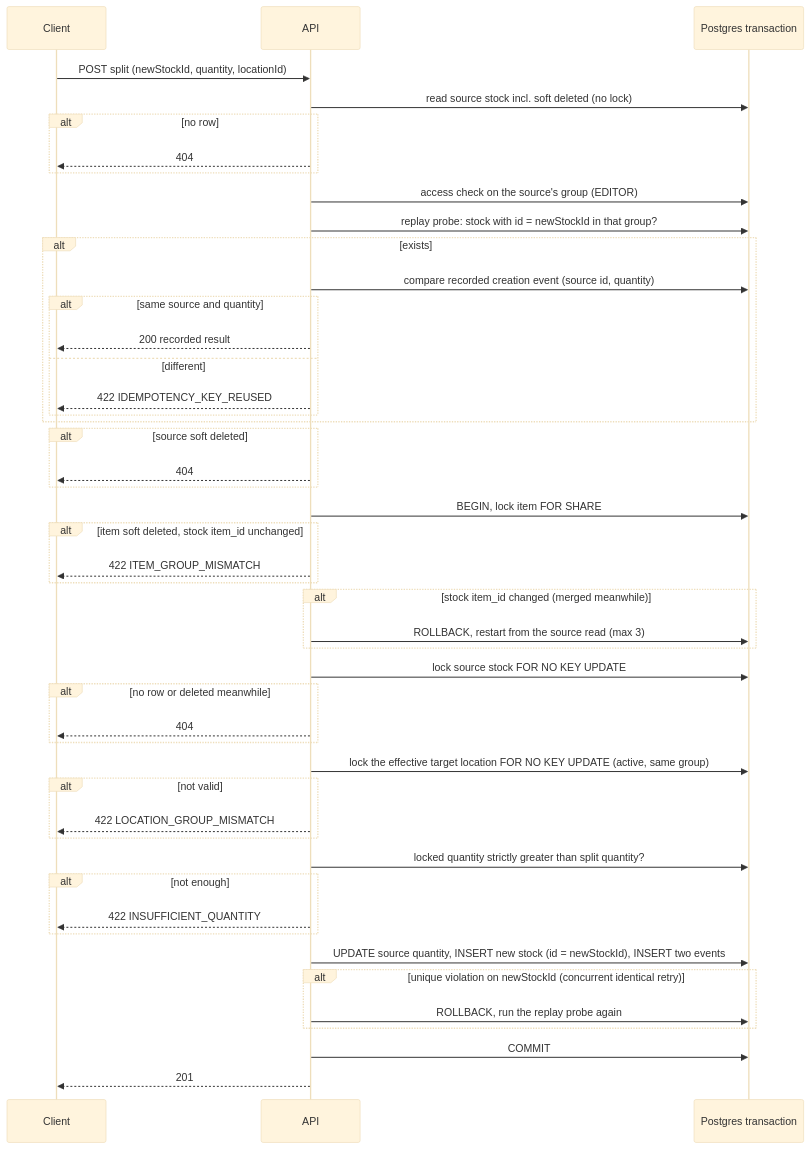
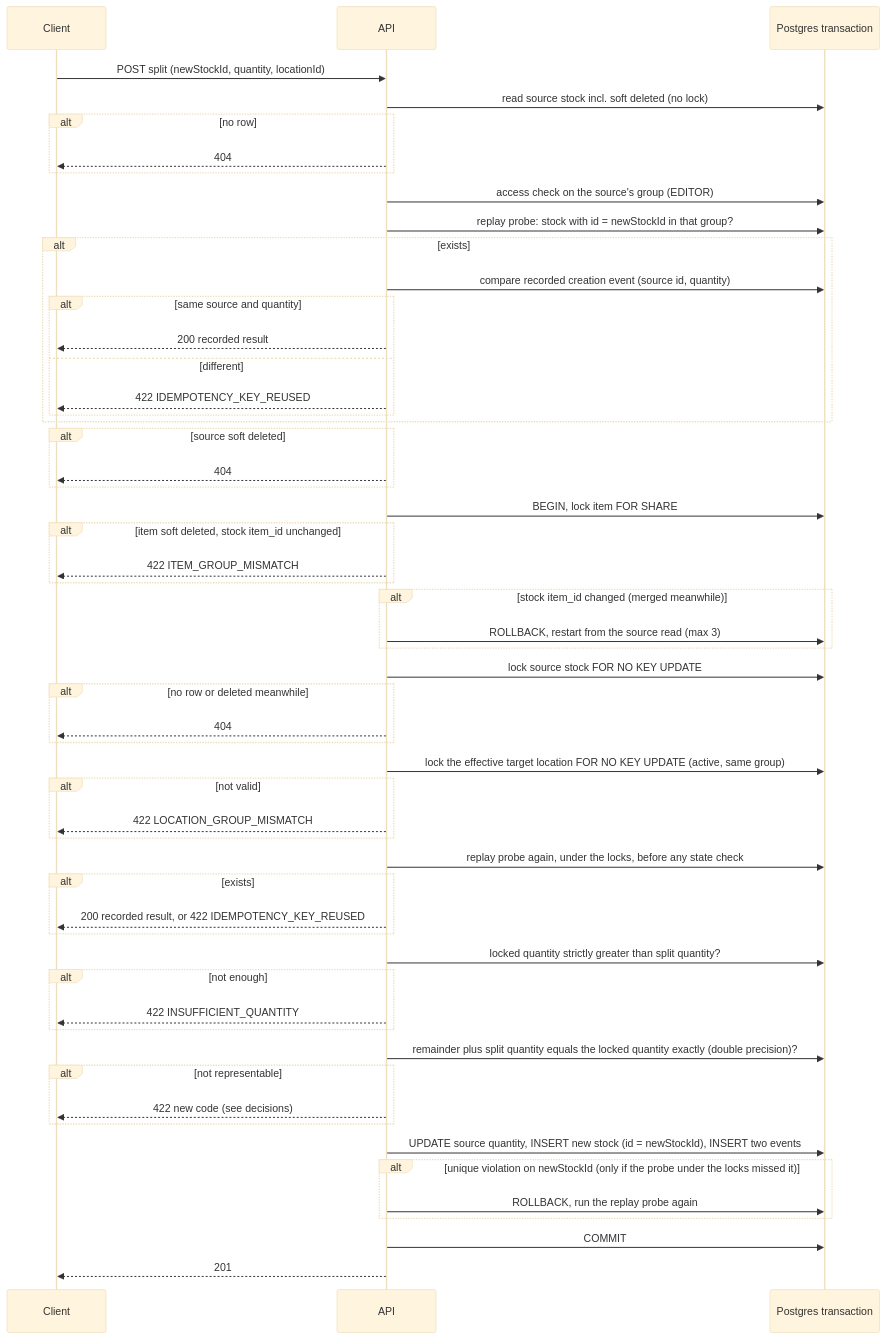
The diagram in docs/design/stock-split.md (TakashiAihara/prep-hamster), drawn with Mermaid (base theme) before and after one commit. The commit also changed other lines of this file and 3 other files, not shown here.

````diff
--- a/docs/design/stock-split.md
+++ b/docs/design/stock-split.md
@@ -100,49 +101,57 @@
 ```mermaid
 sequenceDiagram
   participant C as Client
   participant A as API
   participant D as Postgres transaction
   C->>A: POST split (newStockId, quantity, locationId)
   A->>D: read source stock incl. soft deleted (no lock)
   alt no row
     A-->>C: 404
   end
   A->>D: access check on the source's group (EDITOR)
   A->>D: replay probe: stock with id = newStockId in that group?
   alt exists
     A->>D: compare recorded creation event (source id, quantity)
     alt same source and quantity
       A-->>C: 200 recorded result
     else different
       A-->>C: 422 IDEMPOTENCY_KEY_REUSED
     end
   end
   alt source soft deleted
     A-->>C: 404
   end
   A->>D: BEGIN, lock item FOR SHARE
   alt item soft deleted, stock item_id unchanged
     A-->>C: 422 ITEM_GROUP_MISMATCH
   end
   alt stock item_id changed (merged meanwhile)
     A->>D: ROLLBACK, restart from the source read (max 3)
   end
   A->>D: lock source stock FOR NO KEY UPDATE
   alt no row or deleted meanwhile
     A-->>C: 404
   end
   A->>D: lock the effective target location FOR NO KEY UPDATE (active, same group)
   alt not valid
     A-->>C: 422 LOCATION_GROUP_MISMATCH
   end
+  A->>D: replay probe again, under the locks, before any state check
+  alt exists
+    A-->>C: 200 recorded result, or 422 IDEMPOTENCY_KEY_REUSED
+  end
   A->>D: locked quantity strictly greater than split quantity?
   alt not enough
     A-->>C: 422 INSUFFICIENT_QUANTITY
   end
+  A->>D: remainder plus split quantity equals the locked quantity exactly (double precision)?
+  alt not representable
+    A-->>C: 422 new code (see decisions)
+  end
   A->>D: UPDATE source quantity, INSERT new stock (id = newStockId), INSERT two events
-  alt unique violation on newStockId (concurrent identical retry)
+  alt unique violation on newStockId (only if the probe under the locks missed it)
     A->>D: ROLLBACK, run the replay probe again
   end
   A->>D: COMMIT
   A-->>C: 201
 ```
````
